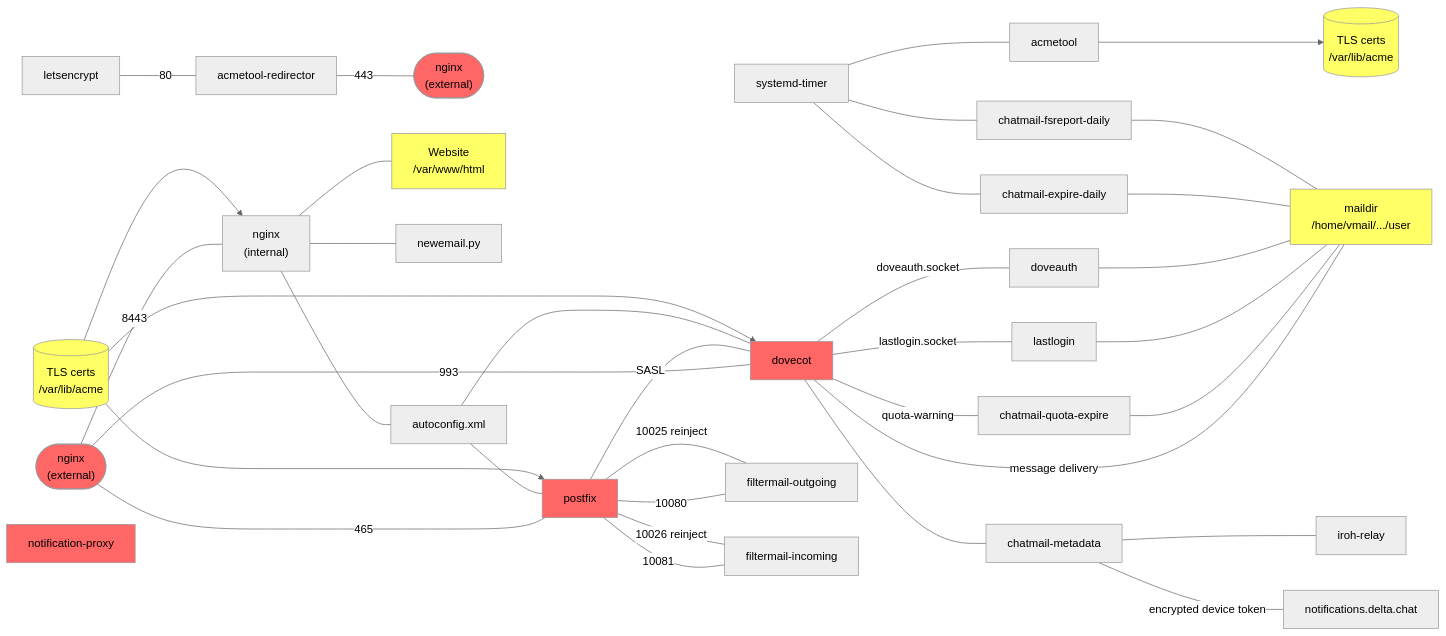
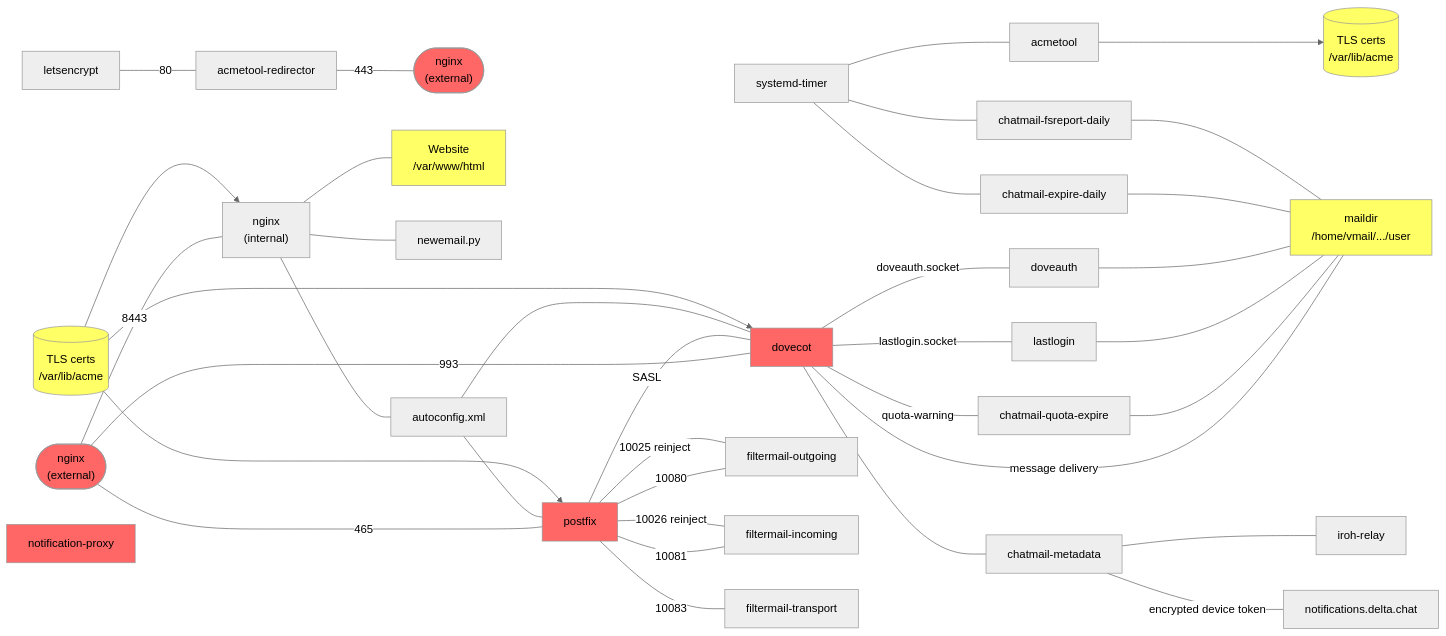
Before and after one commit to chatmail/relay: the first of 2 diagrams in doc/source/overview.rst, drawn with Mermaid (neutral theme). The commit also changed other lines of this file and 6 other files, not shown here.

```diff
--- a/doc/source/overview.rst
+++ b/doc/source/overview.rst
@@ -128,54 +128,55 @@
 .. mermaid::
    :caption: This diagram shows relay components and dependencies/communication paths.
 
     graph LR;
         letsencrypt --- |80|acmetool-redirector;
         acmetool-redirector --- |443|nginx-right(["`nginx
         (external)`"]);
         nginx-external --- |465|postfix;
         nginx-external(["`nginx
         (external)`"]) --- |8443|nginx-internal["`nginx
         (internal)`"];
         nginx-internal --- website["`Website
         /var/www/html`"];
         nginx-internal --- newemail.py;
         nginx-internal --- autoconfig.xml;
         certs-nginx[("`TLS certs
         /var/lib/acme`")] --> nginx-internal;
         systemd-timer --- acmetool;
         systemd-timer --- chatmail-expire-daily;
         systemd-timer --- chatmail-fsreport-daily;
         acmetool --> certs[("`TLS certs
         /var/lib/acme`")];
         nginx-external --- |993|dovecot;
         postfix --- |SASL|dovecot;
         autoconfig.xml --- postfix;
         autoconfig.xml --- dovecot;
         postfix --- |10080|filtermail-outgoing;
         postfix --- |10081|filtermail-incoming;
+        postfix --- |10083|filtermail-transport;
         filtermail-outgoing --- |10025 reinject|postfix;
         filtermail-incoming --- |10026 reinject|postfix;
         dovecot --- |doveauth.socket|doveauth;
         dovecot --- |message delivery|maildir["maildir
         /home/vmail/.../user"];
         dovecot --- |lastlogin.socket|lastlogin;
         dovecot --- chatmail-metadata;
         dovecot --- |quota-warning|chatmail-quota-expire;
         chatmail-quota-expire --- maildir;
         lastlogin --- maildir;
         doveauth --- maildir;
         chatmail-expire-daily --- maildir;
         chatmail-fsreport-daily --- maildir;
         chatmail-metadata --- iroh-relay;
         chatmail-metadata --- |encrypted device token| notifications.delta.chat;
         certs-nginx --> postfix;
         certs-nginx --> dovecot;
         style certs fill:#ff6;
         style website fill:#ff6;
         style maildir fill:#ff6;
         style certs-nginx fill:#ff6;
         style nginx-external fill:#f66;
         style nginx-right fill:#f66;
         style postfix fill:#f66;
         style dovecot fill:#f66;
         style notification-proxy fill:#f66;
```
